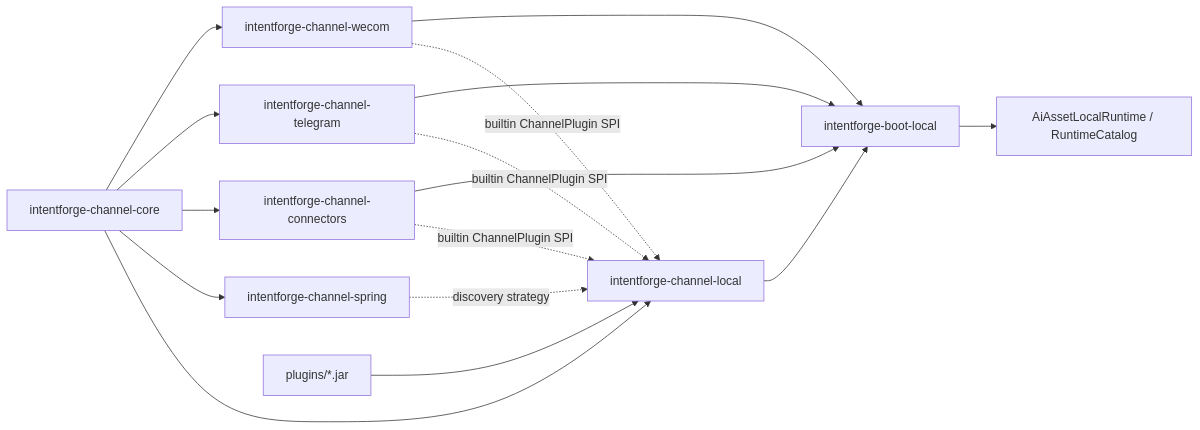
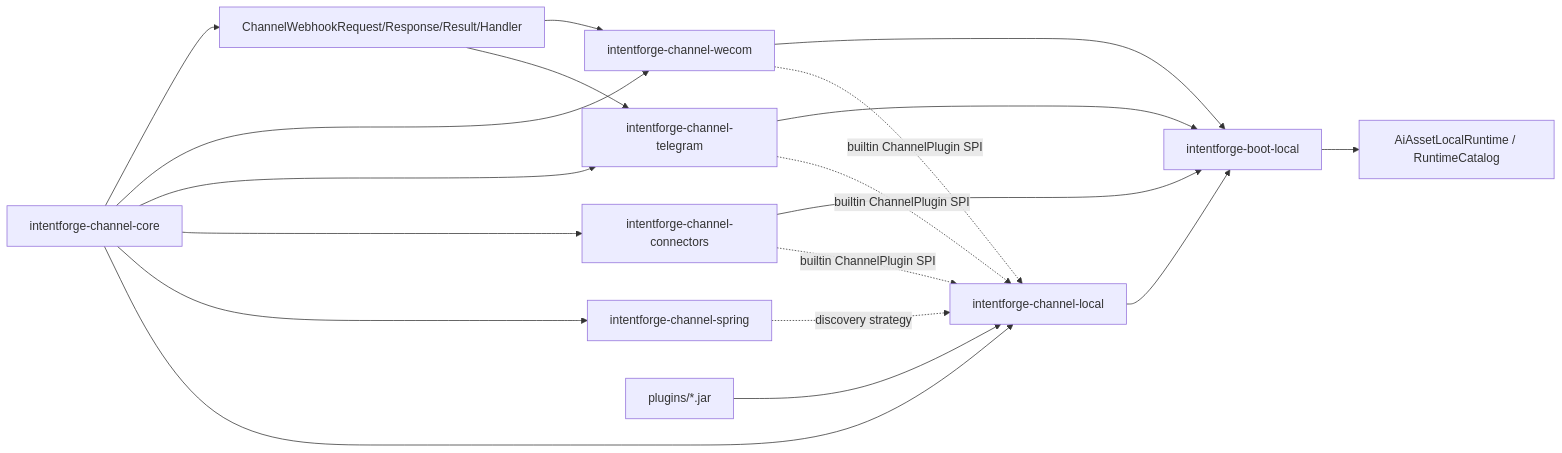
One commit to xinlangtao/IntentForge changed the second of 2 diagrams in docs/tasks/channel-runtime-module.md. Above: the diagram before and after it, drawn with Mermaid. The commit also changed other lines of this file, not shown here.

Commit message:
docs: close channel inbound task

````diff
--- a/docs/tasks/channel-runtime-module.md
+++ b/docs/tasks/channel-runtime-module.md
@@ -107,18 +109,21 @@
 ```mermaid
 flowchart LR
     Core["intentforge-channel-core"] --> Local["intentforge-channel-local"]
     Core --> Spring["intentforge-channel-spring"]
     Core --> Connectors["intentforge-channel-connectors"]
     Core --> Telegram["intentforge-channel-telegram"]
     Core --> WeCom["intentforge-channel-wecom"]
+    Core --> Webhook["ChannelWebhookRequest/Response/Result/Handler"]
     Spring -.discovery strategy.-> Local
     Connectors -.builtin ChannelPlugin SPI.-> Local
     Telegram -.builtin ChannelPlugin SPI.-> Local
     WeCom -.builtin ChannelPlugin SPI.-> Local
     Plugins["plugins/*.jar"] --> Local
     Local --> Boot["intentforge-boot-local"]
     Connectors --> Boot
     Telegram --> Boot
     WeCom --> Boot
+    Webhook --> Telegram
+    Webhook --> WeCom
     Boot --> Runtime["AiAssetLocalRuntime / RuntimeCatalog"]
 ```
````
